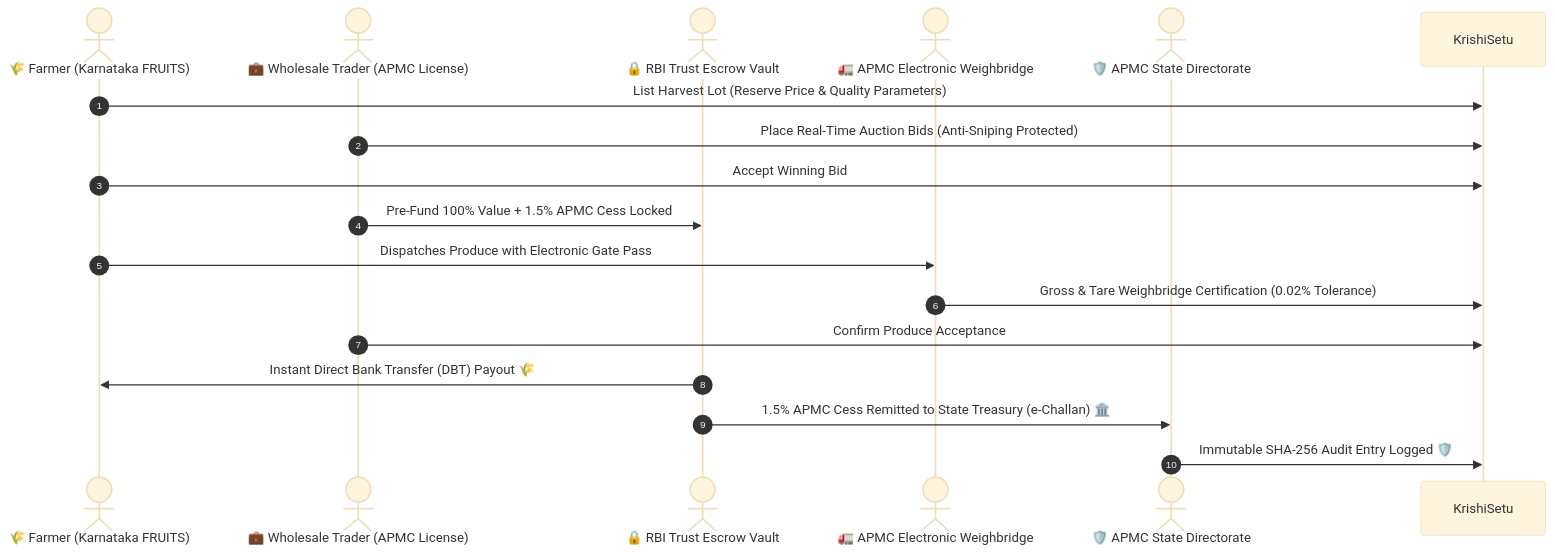
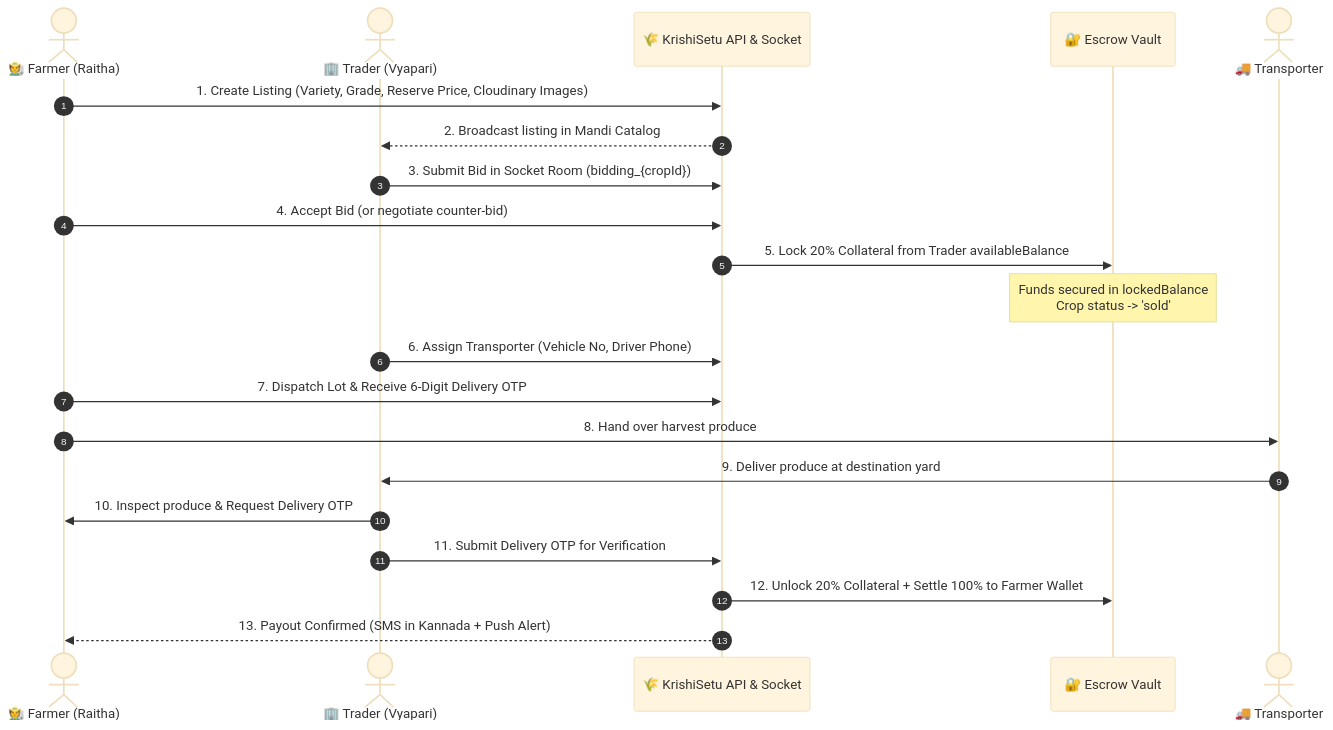
One commit to sameekshyaranjan/KrishiSetu changed the diagram in README.md. Above: the diagram before and after it, drawn with Mermaid (base theme). The commit also changed other lines of this file and 1 other file, not shown here.

Commit message:
docs: overhaul README and add complete architectural specification

````diff
--- a/README.md
+++ b/README.md
@@ -14,20 +206,24 @@
 ```mermaid
 sequenceDiagram
     autonumber
-    actor Farmer as 🌾 Farmer (Karnataka FRUITS)
-    actor Trader as 💼 Wholesale Trader (APMC License)
-    actor Escrow as 🔒 RBI Trust Escrow Vault
-    actor Mandi as 🚛 APMC Electronic Weighbridge
-    actor Admin as 🛡️ APMC State Directorate
+    actor Farmer as 🧑‍🌾 Farmer (Raitha)
+    actor Trader as 🏢 Trader (Vyapari)
+    participant Platform as 🌾 KrishiSetu API & Socket
+    participant Escrow as 🔐 Escrow Vault
+    actor Driver as 🚚 Transporter
 
-    Farmer->>KrishiSetu: List Harvest Lot (Reserve Price & Quality Parameters)
-    Trader->>KrishiSetu: Place Real-Time Auction Bids (Anti-Sniping Protected)
-    Farmer->>KrishiSetu: Accept Winning Bid
-    Trader->>Escrow: Pre-Fund 100% Value + 1.5% APMC Cess Locked
-    Farmer->>Mandi: Dispatches Produce with Electronic Gate Pass
-    Mandi->>KrishiSetu: Gross & Tare Weighbridge Certification (0.02% Tolerance)
-    Trader->>KrishiSetu: Confirm Produce Acceptance
-    Escrow->>Farmer: Instant Direct Bank Transfer (DBT) Payout 🌾
-    Escrow->>Admin: 1.5% APMC Cess Remitted to State Treasury (e-Challan) 🏛️
-    Admin->>KrishiSetu: Immutable SHA-256 Audit Entry Logged 🛡️
+    Farmer->>Platform: 1. Create Listing (Variety, Grade, Reserve Price, Cloudinary Images)
+    Platform-->>Trader: 2. Broadcast listing in Mandi Catalog
+    Trader->>Platform: 3. Submit Bid in Socket Room (bidding_{cropId})
+    Farmer->>Platform: 4. Accept Bid (or negotiate counter-bid)
+    Platform->>Escrow: 5. Lock 20% Collateral from Trader availableBalance
+    Note over Escrow: Funds secured in lockedBalance<br>Crop status -> 'sold'
+    Trader->>Platform: 6. Assign Transporter (Vehicle No, Driver Phone)
+    Farmer->>Platform: 7. Dispatch Lot & Receive 6-Digit Delivery OTP
+    Farmer->>Driver: 8. Hand over harvest produce
+    Driver->>Trader: 9. Deliver produce at destination yard
+    Trader->>Farmer: 10. Inspect produce & Request Delivery OTP
+    Trader->>Platform: 11. Submit Delivery OTP for Verification
+    Platform->>Escrow: 12. Unlock 20% Collateral + Settle 100% to Farmer Wallet
+    Platform-->>Farmer: 13. Payout Confirmed (SMS in Kannada + Push Alert)
 ```
````
